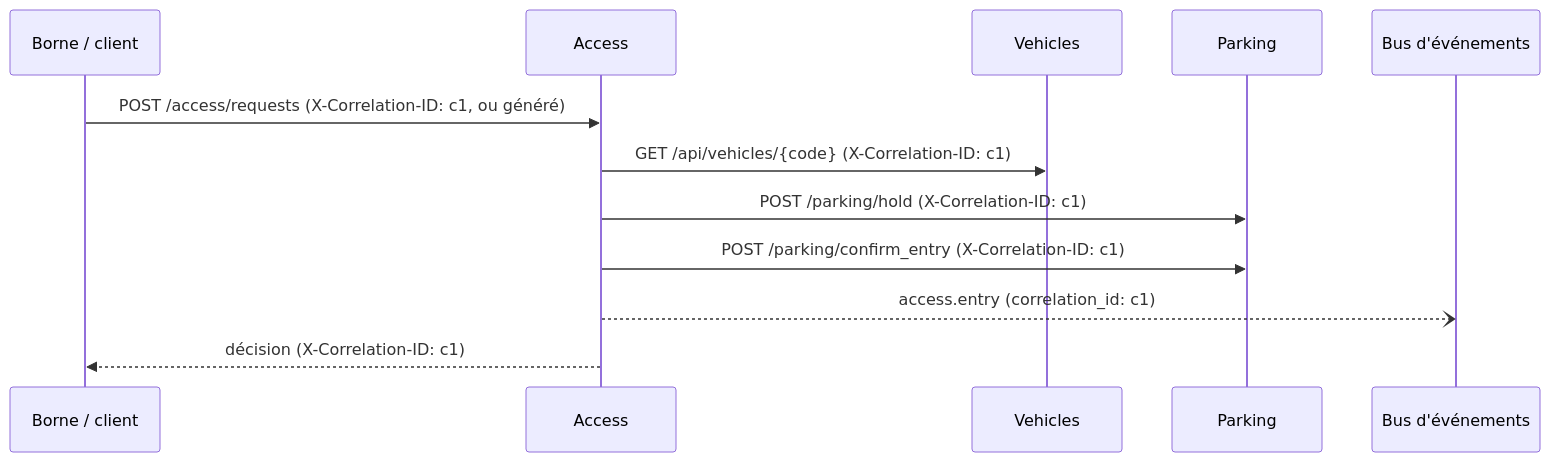
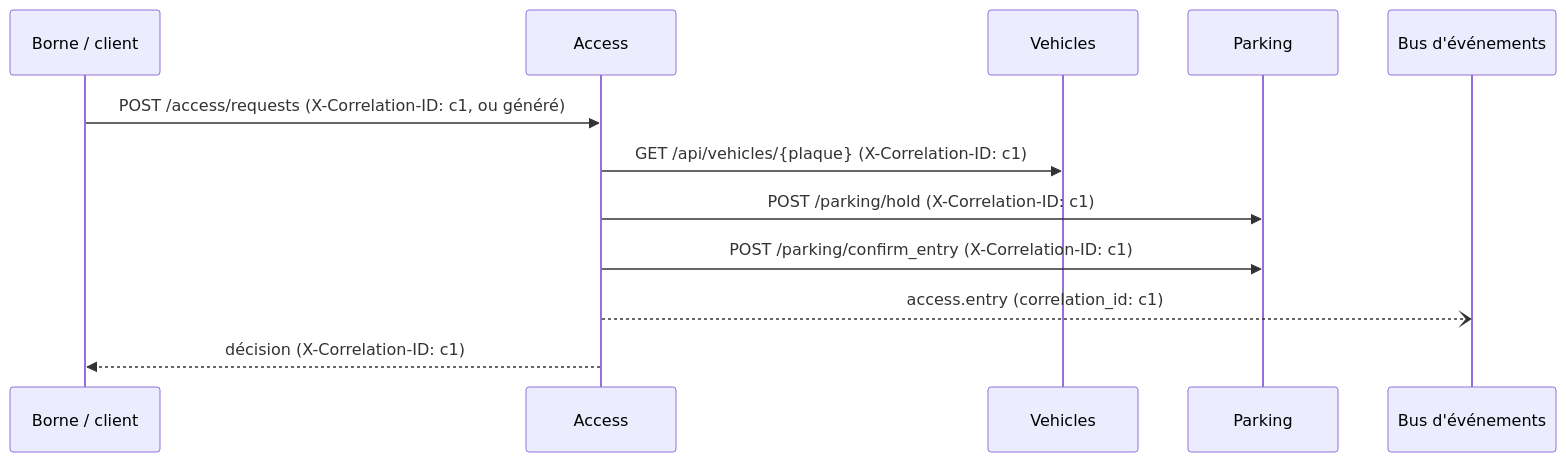
Before and after one commit to DenisDMU/access-parking: the diagram in docs/REVUE.md, drawn with Mermaid. The commit also changed other lines of this file and 27 other files, not shown here.

First line of the commit message:
feat(vehicles)!: identification par plaque, nouveau contrat Vehicles (4.0.0)

````diff
--- a/docs/REVUE.md
+++ b/docs/REVUE.md
@@ -119,14 +119,14 @@
 ```mermaid
 sequenceDiagram
     participant B as Borne / client
     participant A as Access
     participant Ve as Vehicles
     participant P as Parking
     participant Bus as Bus d'événements
     B->>A: POST /access/requests (X-Correlation-ID: c1, ou généré)
-    A->>Ve: GET /api/vehicles/{code} (X-Correlation-ID: c1)
+    A->>Ve: GET /api/vehicles/{plaque} (X-Correlation-ID: c1)
     A->>P: POST /parking/hold (X-Correlation-ID: c1)
     A->>P: POST /parking/confirm_entry (X-Correlation-ID: c1)
     A--)Bus: access.entry (correlation_id: c1)
     A-->>B: décision (X-Correlation-ID: c1)
 ```
````
